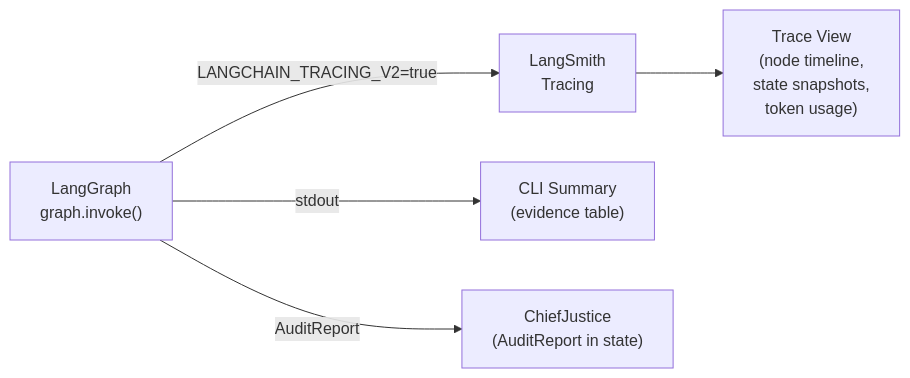
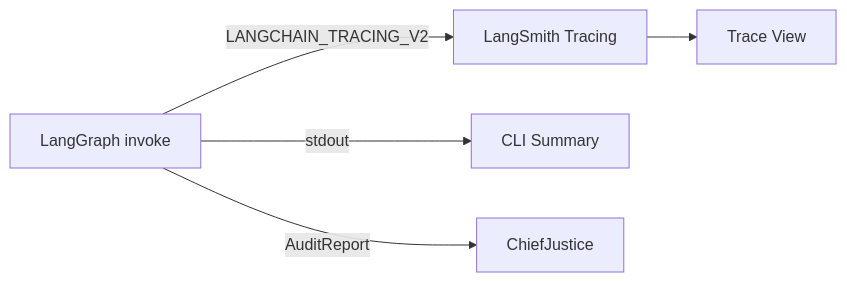
The tenth of 10 diagrams in reports/final_report.md (NebiyouBelaineh/LangGraph-Automation-Auditor), drawn with Mermaid before and after one commit. The commit also changed other lines of this file and 1 other file, not shown here.

First line of the commit message:
docs: rubric compliance — theoretical depth and audit summary

````diff
--- a/reports/final_report.md
+++ b/reports/final_report.md
@@ -647,7 +667,7 @@
 ```mermaid
 flowchart LR
-    langgraph_invoke["LangGraph\ngraph.invoke()"] -->|LANGCHAIN_TRACING_V2=true| langsmith["LangSmith\nTracing"]
-    langsmith --> trace_view["Trace View\n(node timeline,\nstate snapshots,\ntoken usage)"]
-    langgraph_invoke -->|stdout| terminal["CLI Summary\n(evidence table)"]
-    langgraph_invoke -->|AuditReport| output["ChiefJustice\n(AuditReport in state)"]
+    langgraph_invoke[LangGraph invoke] -->|LANGCHAIN_TRACING_V2| langsmith[LangSmith Tracing]
+    langsmith --> trace_view[Trace View]
+    langgraph_invoke -->|stdout| terminal[CLI Summary]
+    langgraph_invoke -->|AuditReport| output[ChiefJustice]
 ```
````
